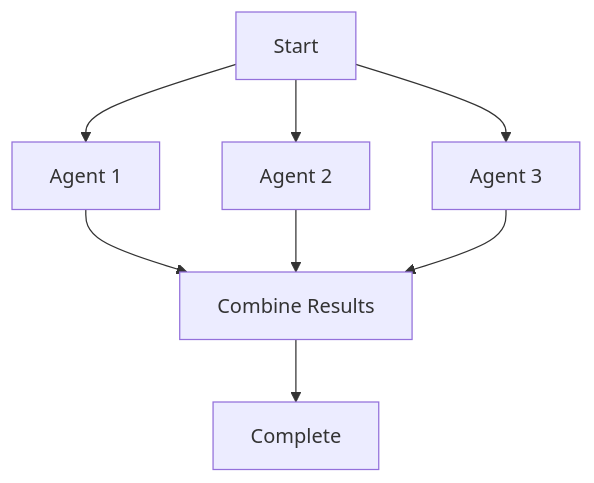
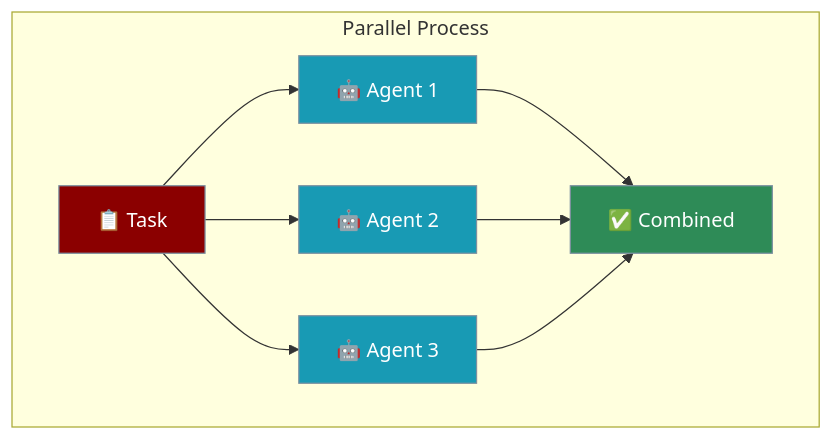
One commit to MervinPraison/PraisonAIDocs changed the third of 4 diagrams in docs/course/agents/08-agent-process.mdx. Above: the diagram before and after it, drawn with Mermaid. The commit also changed other lines of this file and 21 other files, not shown here.

Commit message:
refactor: streamline agent course documentation with concise examples, visual diagrams, and improved navigation.

````diff
--- a/docs/course/agents/08-agent-process.mdx
+++ b/docs/course/agents/08-agent-process.mdx
@@ -53,10 +80,19 @@
 ```mermaid
-graph TD
-    A[Start] --> B[Agent 1]
-    A --> C[Agent 2]
-    A --> D[Agent 3]
-    B --> E[Combine Results]
-    C --> E
-    D --> E
-    E --> F[Complete]
+graph TB
+    subgraph "Parallel Process"
+        Task[📋 Task] --> A[🤖 Agent 1]
+        Task --> B[🤖 Agent 2]
+        Task --> C[🤖 Agent 3]
+        A --> Result[✅ Combined]
+        B --> Result
+        C --> Result
+    end
+    
+    classDef task fill:#8B0000,stroke:#7C90A0,color:#fff
+    classDef agent fill:#189AB4,stroke:#7C90A0,color:#fff
+    classDef result fill:#2E8B57,stroke:#7C90A0,color:#fff
+    
+    class Task task
+    class A,B,C agent
+    class Result result
 ```
````
